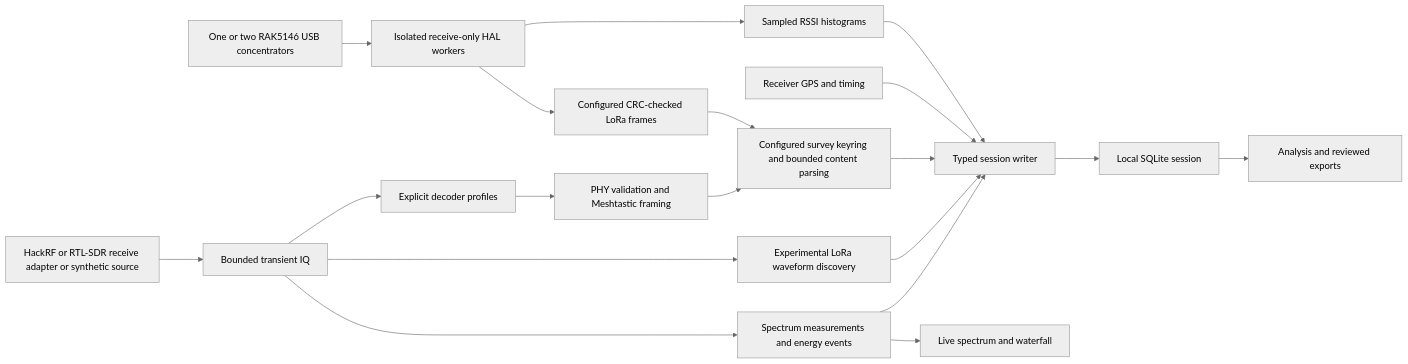
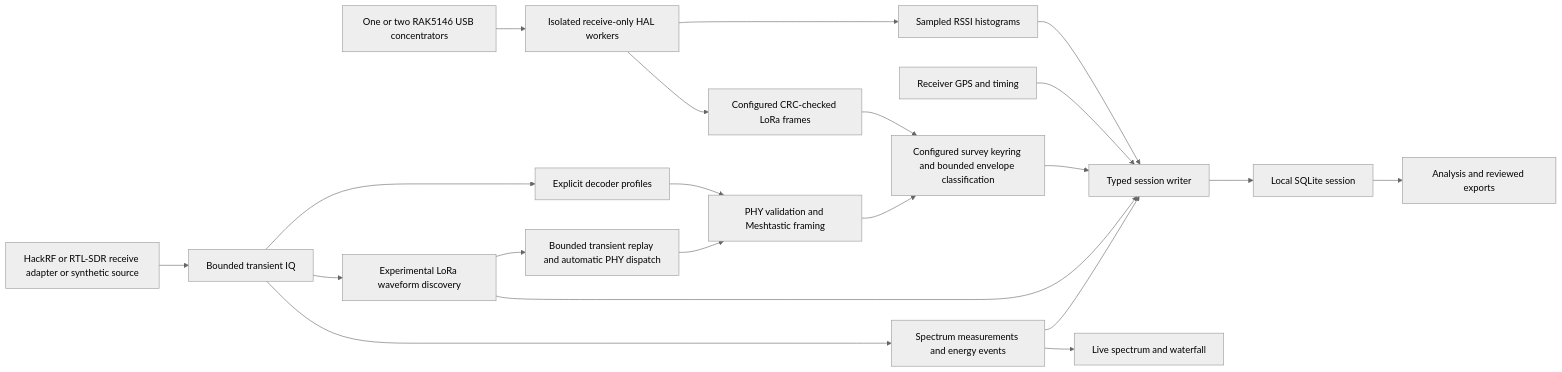
One commit to OVMeshRF/OVMeshDRpp changed the diagram in docs/design/architecture.md. Above: the diagram before and after it, drawn with Mermaid (neutral theme). The commit also changed other lines of this file and 120 other files, not shown here.

````diff
--- a/docs/design/architecture.md
+++ b/docs/design/architecture.md
@@ -7,21 +9,23 @@
 ```mermaid
 flowchart LR
     R[HackRF or RTL-SDR receive adapter or synthetic source] --> M[Bounded transient IQ]
     M --> S[Spectrum measurements and energy events]
     M --> F[Experimental LoRa waveform discovery]
     M --> L[Explicit decoder profiles]
-    L --> P[PHY validation and Meshtastic framing]
-    P --> K[Configured survey keyring and bounded content parsing]
+    F --> D[Bounded transient replay and automatic PHY dispatch]
+    D --> P[PHY validation and Meshtastic framing]
+    L --> P
+    P --> K[Configured survey keyring and bounded envelope classification]
     S --> W[Typed session writer]
     F --> W
     K --> W
     G[Receiver GPS and timing] --> W
     W --> DB[Local SQLite session]
     DB --> U[Analysis and reviewed exports]
     S --> V[Live spectrum and waterfall]
     C[One or two RAK5146 USB concentrators] --> H[Isolated receive-only HAL workers]
     H --> Q[Configured CRC-checked LoRa frames]
     Q --> K
     H --> A[Sampled RSSI histograms]
     A --> W
 ```
````
